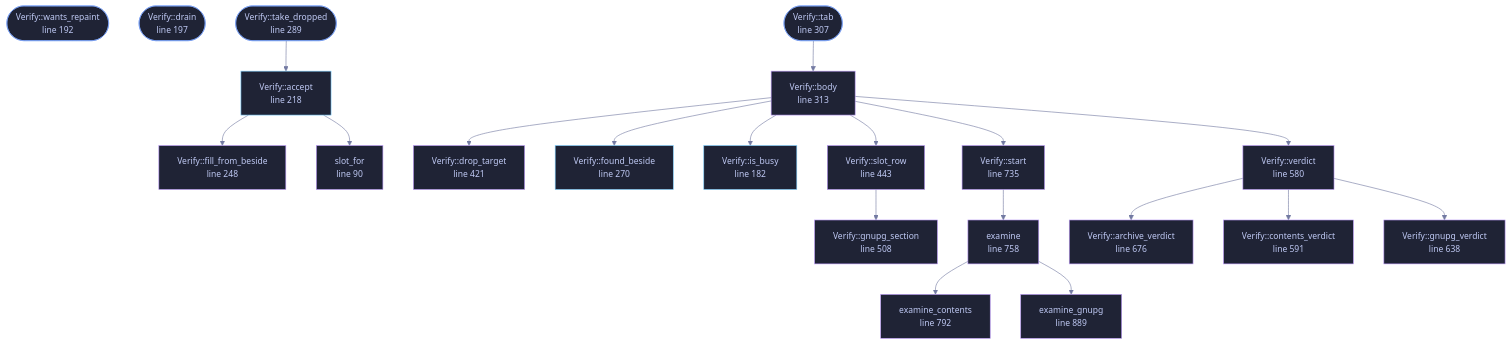
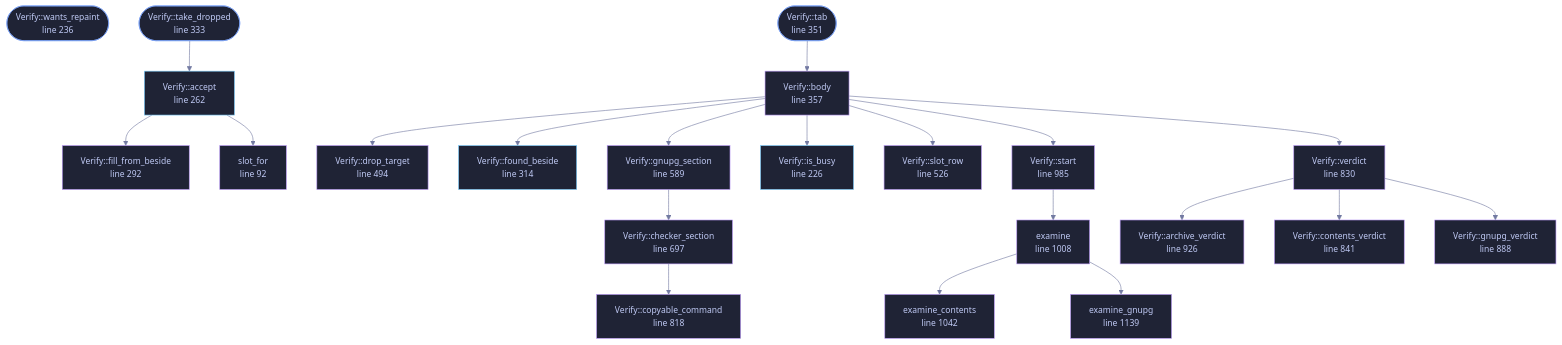
Before and after one commit to tilas01/veilvoice: the diagram in wiki/File-veilvoice-gui-verify.md, drawn with Mermaid. The commit also changed other lines of this file and 94 other files, not shown here.

````diff
--- a/wiki/File-veilvoice-gui-verify.md
+++ b/wiki/File-veilvoice-gui-verify.md
@@ -117,69 +119,73 @@
 ```mermaid
 %%{init: {"theme":"base","themeVariables":{"background":"#1a1b26","primaryColor":"#1f2335","primaryTextColor":"#c0caf5","primaryBorderColor":"#7aa2f7","secondaryColor":"#16161e","tertiaryColor":"#16161e","lineColor":"#737aa2","textColor":"#c0caf5","mainBkg":"#1f2335","nodeBorder":"#7aa2f7","clusterBkg":"#16161e","clusterBorder":"#2f3549","fontFamily":"ui-monospace, SFMono-Regular, Consolas, monospace","fontSize":"14px"}}}%%
 flowchart TD
-    n_slot_for["slot_for<br/>line 90"]
-    n_is_busy["Verify::is_busy<br/>line 182"]
-    n_wants_repaint(["Verify::wants_repaint<br/>line 192"])
-    n_drain(["Verify::drain<br/>line 197"])
-    n_accept["Verify::accept<br/>line 218"]
-    n_fill_from_beside["Verify::fill_from_beside<br/>line 248"]
-    n_found_beside["Verify::found_beside<br/>line 270"]
-    n_take_dropped(["Verify::take_dropped<br/>line 289"])
-    n_tab(["Verify::tab<br/>line 307"])
-    n_body["Verify::body<br/>line 313"]
-    n_drop_target["Verify::drop_target<br/>line 421"]
-    n_slot_row["Verify::slot_row<br/>line 443"]
-    n_gnupg_section["Verify::gnupg_section<br/>line 508"]
-    n_verdict["Verify::verdict<br/>line 580"]
-    n_contents_verdict["Verify::contents_verdict<br/>line 591"]
-    n_gnupg_verdict["Verify::gnupg_verdict<br/>line 638"]
-    n_archive_verdict["Verify::archive_verdict<br/>line 676"]
-    n_start["Verify::start<br/>line 735"]
-    n_examine["examine<br/>line 758"]
-    n_examine_contents["examine_contents<br/>line 792"]
-    n_examine_gnupg["examine_gnupg<br/>line 889"]
+    n_slot_for["slot_for<br/>line 92"]
+    n_is_busy["Verify::is_busy<br/>line 226"]
+    n_wants_repaint(["Verify::wants_repaint<br/>line 236"])
+    n_accept["Verify::accept<br/>line 262"]
+    n_fill_from_beside["Verify::fill_from_beside<br/>line 292"]
+    n_found_beside["Verify::found_beside<br/>line 314"]
+    n_take_dropped(["Verify::take_dropped<br/>line 333"])
+    n_tab(["Verify::tab<br/>line 351"])
+    n_body["Verify::body<br/>line 357"]
+    n_drop_target["Verify::drop_target<br/>line 494"]
+    n_slot_row["Verify::slot_row<br/>line 526"]
+    n_gnupg_section["Verify::gnupg_section<br/>line 589"]
+    n_checker_section["Verify::checker_section<br/>line 697"]
+    n_copyable_command["Verify::copyable_command<br/>line 818"]
+    n_verdict["Verify::verdict<br/>line 830"]
+    n_contents_verdict["Verify::contents_verdict<br/>line 841"]
+    n_gnupg_verdict["Verify::gnupg_verdict<br/>line 888"]
+    n_archive_verdict["Verify::archive_verdict<br/>line 926"]
+    n_start["Verify::start<br/>line 985"]
+    n_examine["examine<br/>line 1008"]
+    n_examine_contents["examine_contents<br/>line 1042"]
+    n_examine_gnupg["examine_gnupg<br/>line 1139"]
     n_accept --> n_fill_from_beside
     n_accept --> n_slot_for
     n_body --> n_drop_target
     n_body --> n_found_beside
+    n_body --> n_gnupg_section
     n_body --> n_is_busy
     n_body --> n_slot_row
     n_body --> n_start
     n_body --> n_verdict
+    n_checker_section --> n_copyable_command
     n_examine --> n_examine_contents
     n_examine --> n_examine_gnupg
-    n_slot_row --> n_gnupg_section
+    n_gnupg_section --> n_checker_section
     n_start --> n_examine
     n_tab --> n_body
     n_take_dropped --> n_accept
     n_verdict --> n_archive_verdict
     n_verdict --> n_contents_verdict
     n_verdict --> n_gnupg_verdict
-    click n_slot_for href "https://github.com/tilas01/veilvoice/blob/main/crates/veilvoice-gui/src/verify.rs#L90" "open the source"
-    click n_is_busy href "https://github.com/tilas01/veilvoice/blob/main/crates/veilvoice-gui/src/verify.rs#L182" "open the source"
-    click n_wants_repaint href "https://github.com/tilas01/veilvoice/blob/main/crates/veilvoice-gui/src/verify.rs#L192" "open the source"
-    click n_drain href "https://github.com/tilas01/veilvoice/blob/main/crates/veilvoice-gui/src/verify.rs#L197" "open the source"
-    click n_accept href "https://github.com/tilas01/veilvoice/blob/main/crates/veilvoice-gui/src/verify.rs#L218" "open the source"
-    click n_fill_from_beside href "https://github.com/tilas01/veilvoice/blob/main/crates/veilvoice-gui/src/verify.rs#L248" "open the source"
-    click n_found_beside href "https://github.com/tilas01/veilvoice/blob/main/crates/veilvoice-gui/src/verify.rs#L270" "open the source"
-    click n_take_dropped href "https://github.com/tilas01/veilvoice/blob/main/crates/veilvoice-gui/src/verify.rs#L289" "open the source"
-    click n_tab href "https://github.com/tilas01/veilvoice/blob/main/crates/veilvoice-gui/src/verify.rs#L307" "open the source"
-    click n_body href "https://github.com/tilas01/veilvoice/blob/main/crates/veilvoice-gui/src/verify.rs#L313" "open the source"
-    click n_drop_target href "https://github.com/tilas01/veilvoice/blob/main/crates/veilvoice-gui/src/verify.rs#L421" "open the source"
-    click n_slot_row href "https://github.com/tilas01/veilvoice/blob/main/crates/veilvoice-gui/src/verify.rs#L443" "open the source"
-    click n_gnupg_section href "https://github.com/tilas01/veilvoice/blob/main/crates/veilvoice-gui/src/verify.rs#L508" "open the source"
-    click n_verdict href "https://github.com/tilas01/veilvoice/blob/main/crates/veilvoice-gui/src/verify.rs#L580" "open the source"
-    click n_contents_verdict href "https://github.com/tilas01/veilvoice/blob/main/crates/veilvoice-gui/src/verify.rs#L591" "open the source"
-    click n_gnupg_verdict href "https://github.com/tilas01/veilvoice/blob/main/crates/veilvoice-gui/src/verify.rs#L638" "open the source"
-    click n_archive_verdict href "https://github.com/tilas01/veilvoice/blob/main/crates/veilvoice-gui/src/verify.rs#L676" "open the source"
-    click n_start href "https://github.com/tilas01/veilvoice/blob/main/crates/veilvoice-gui/src/verify.rs#L735" "open the source"
-    click n_examine href "https://github.com/tilas01/veilvoice/blob/main/crates/veilvoice-gui/src/verify.rs#L758" "open the source"
-    click n_examine_contents href "https://github.com/tilas01/veilvoice/blob/main/crates/veilvoice-gui/src/verify.rs#L792" "open the source"
-    click n_examine_gnupg href "https://github.com/tilas01/veilvoice/blob/main/crates/veilvoice-gui/src/verify.rs#L889" "open the source"
+    click n_slot_for href "https://github.com/tilas01/veilvoice/blob/main/crates/veilvoice-gui/src/verify.rs#L92" "open the source"
+    click n_is_busy href "https://github.com/tilas01/veilvoice/blob/main/crates/veilvoice-gui/src/verify.rs#L226" "open the source"
+    click n_wants_repaint href "https://github.com/tilas01/veilvoice/blob/main/crates/veilvoice-gui/src/verify.rs#L236" "open the source"
+    click n_accept href "https://github.com/tilas01/veilvoice/blob/main/crates/veilvoice-gui/src/verify.rs#L262" "open the source"
+    click n_fill_from_beside href "https://github.com/tilas01/veilvoice/blob/main/crates/veilvoice-gui/src/verify.rs#L292" "open the source"
+    click n_found_beside href "https://github.com/tilas01/veilvoice/blob/main/crates/veilvoice-gui/src/verify.rs#L314" "open the source"
+    click n_take_dropped href "https://github.com/tilas01/veilvoice/blob/main/crates/veilvoice-gui/src/verify.rs#L333" "open the source"
+    click n_tab href "https://github.com/tilas01/veilvoice/blob/main/crates/veilvoice-gui/src/verify.rs#L351" "open the source"
+    click n_body href "https://github.com/tilas01/veilvoice/blob/main/crates/veilvoice-gui/src/verify.rs#L357" "open the source"
+    click n_drop_target href "https://github.com/tilas01/veilvoice/blob/main/crates/veilvoice-gui/src/verify.rs#L494" "open the source"
+    click n_slot_row href "https://github.com/tilas01/veilvoice/blob/main/crates/veilvoice-gui/src/verify.rs#L526" "open the source"
+    click n_gnupg_section href "https://github.com/tilas01/veilvoice/blob/main/crates/veilvoice-gui/src/verify.rs#L589" "open the source"
+    click n_checker_section href "https://github.com/tilas01/veilvoice/blob/main/crates/veilvoice-gui/src/verify.rs#L697" "open the source"
+    click n_copyable_command href "https://github.com/tilas01/veilvoice/blob/main/crates/veilvoice-gui/src/verify.rs#L818" "open the source"
+    click n_verdict href "https://github.com/tilas01/veilvoice/blob/main/crates/veilvoice-gui/src/verify.rs#L830" "open the source"
+    click n_contents_verdict href "https://github.com/tilas01/veilvoice/blob/main/crates/veilvoice-gui/src/verify.rs#L841" "open the source"
+    click n_gnupg_verdict href "https://github.com/tilas01/veilvoice/blob/main/crates/veilvoice-gui/src/verify.rs#L888" "open the source"
+    click n_archive_verdict href "https://github.com/tilas01/veilvoice/blob/main/crates/veilvoice-gui/src/verify.rs#L926" "open the source"
+    click n_start href "https://github.com/tilas01/veilvoice/blob/main/crates/veilvoice-gui/src/verify.rs#L985" "open the source"
+    click n_examine href "https://github.com/tilas01/veilvoice/blob/main/crates/veilvoice-gui/src/verify.rs#L1008" "open the source"
+    click n_examine_contents href "https://github.com/tilas01/veilvoice/blob/main/crates/veilvoice-gui/src/verify.rs#L1042" "open the source"
+    click n_examine_gnupg href "https://github.com/tilas01/veilvoice/blob/main/crates/veilvoice-gui/src/verify.rs#L1139" "open the source"
     classDef entry fill:#1f2335,stroke:#7aa2f7,color:#c0caf5
-    class n_wants_repaint,n_drain,n_take_dropped,n_tab entry
+    class n_wants_repaint,n_take_dropped,n_tab entry
     classDef api fill:#1f2335,stroke:#7dcfff,color:#c0caf5
     class n_is_busy,n_accept,n_found_beside api
     classDef helper fill:#1f2335,stroke:#bb9af7,color:#c0caf5
-    class n_slot_for,n_fill_from_beside,n_body,n_drop_target,n_slot_row,n_gnupg_section,n_verdict,n_contents_verdict,n_gnupg_verdict,n_archive_verdict,n_start,n_examine,n_examine_contents,n_examine_gnupg helper
+    class n_slot_for,n_fill_from_beside,n_body,n_drop_target,n_slot_row,n_gnupg_section,n_checker_section,n_copyable_command,n_verdict,n_contents_verdict,n_gnupg_verdict,n_archive_verdict,n_start,n_examine,n_examine_contents,n_examine_gnupg helper
 ```
````
